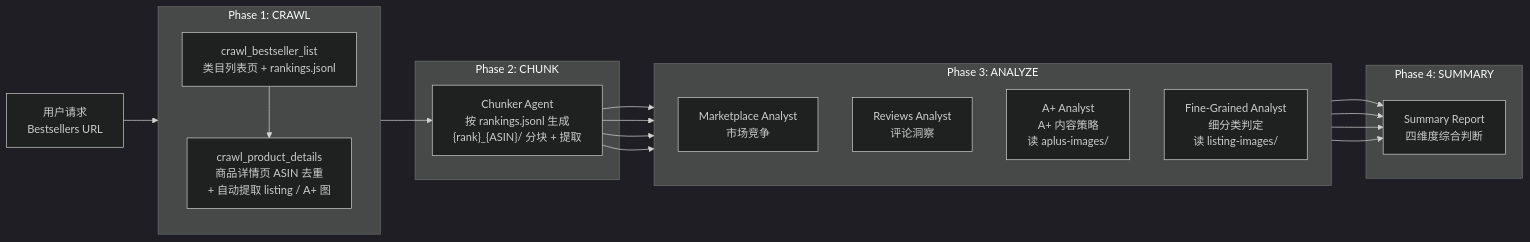
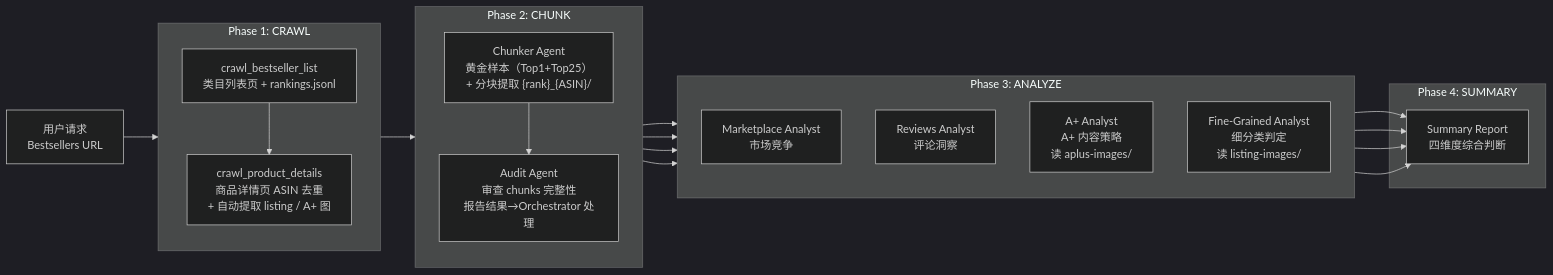
Before and after one commit to mengsi16/amazon-bestsellers-summary-agent: the diagram in README.md, drawn with Mermaid (dark theme). The commit also changed other lines of this file and 9 other files, not shown here.

First line of the commit message:
feat: add chunker audit agent to enforce completeness verification

````diff
--- a/README.md
+++ b/README.md
@@ -66,34 +66,37 @@
 ```mermaid
 flowchart LR
     U["用户请求<br/>Bestsellers URL"]
 
     subgraph P1["Phase 1: CRAWL"]
         direction TB
         A1["crawl_bestseller_list<br/>类目列表页 + rankings.jsonl"]
         A2["crawl_product_details<br/>商品详情页 ASIN 去重<br/>+ 自动提取 listing / A+ 图"]
         A1 --> A2
     end
 
     subgraph P2["Phase 2: CHUNK"]
-        B["Chunker Agent<br/>按 rankings.jsonl 生成<br/>{rank}_{ASIN}/ 分块 + 提取"]
+        direction TB
+        B["Chunker Agent<br/>黄金样本（Top1+Top25）<br/>+ 分块提取 {rank}_{ASIN}/"]
+        BA["Audit Agent<br/>审查 chunks 完整性<br/>报告结果→Orchestrator 处理"]
+        B --> BA
     end
 
     subgraph P3["Phase 3: ANALYZE"]
         direction TB
         C1["Marketplace Analyst<br/>市场竞争"]
         C2["Reviews Analyst<br/>评论洞察"]
         C3["A+ Analyst<br/>A+ 内容策略<br/>读 aplus-images/"]
         C4["Fine-Grained Analyst<br/>细分类判定<br/>读 listing-images/"]
     end
 
     subgraph P4["Phase 4: SUMMARY"]
         F["Summary Report<br/>四维度综合判断"]
     end
 
     U --> A1
     A2 --> B
-    B --> C1 --> F
-    B --> C2 --> F
-    B --> C3 --> F
-    B --> C4 --> F
+    BA --> C1 --> F
+    BA --> C2 --> F
+    BA --> C3 --> F
+    BA --> C4 --> F
 ```
````
